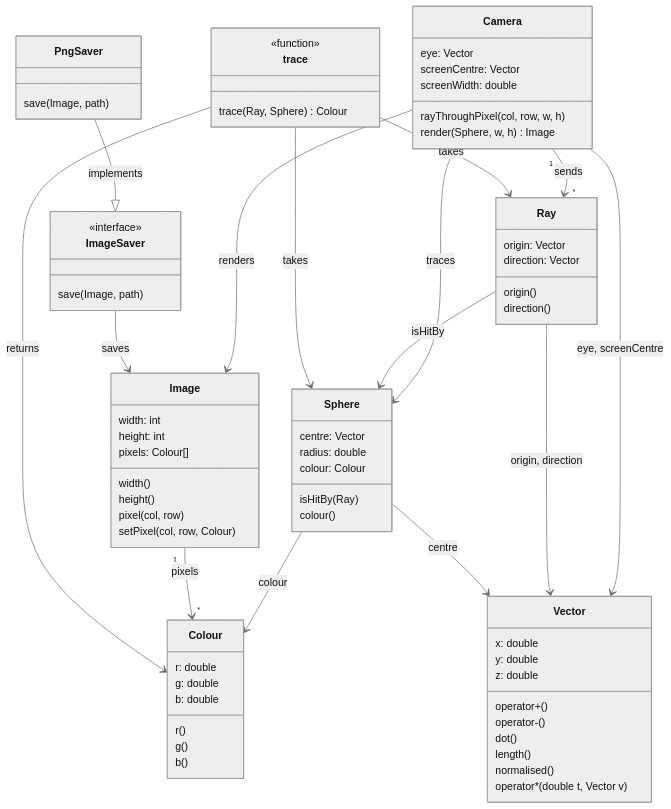
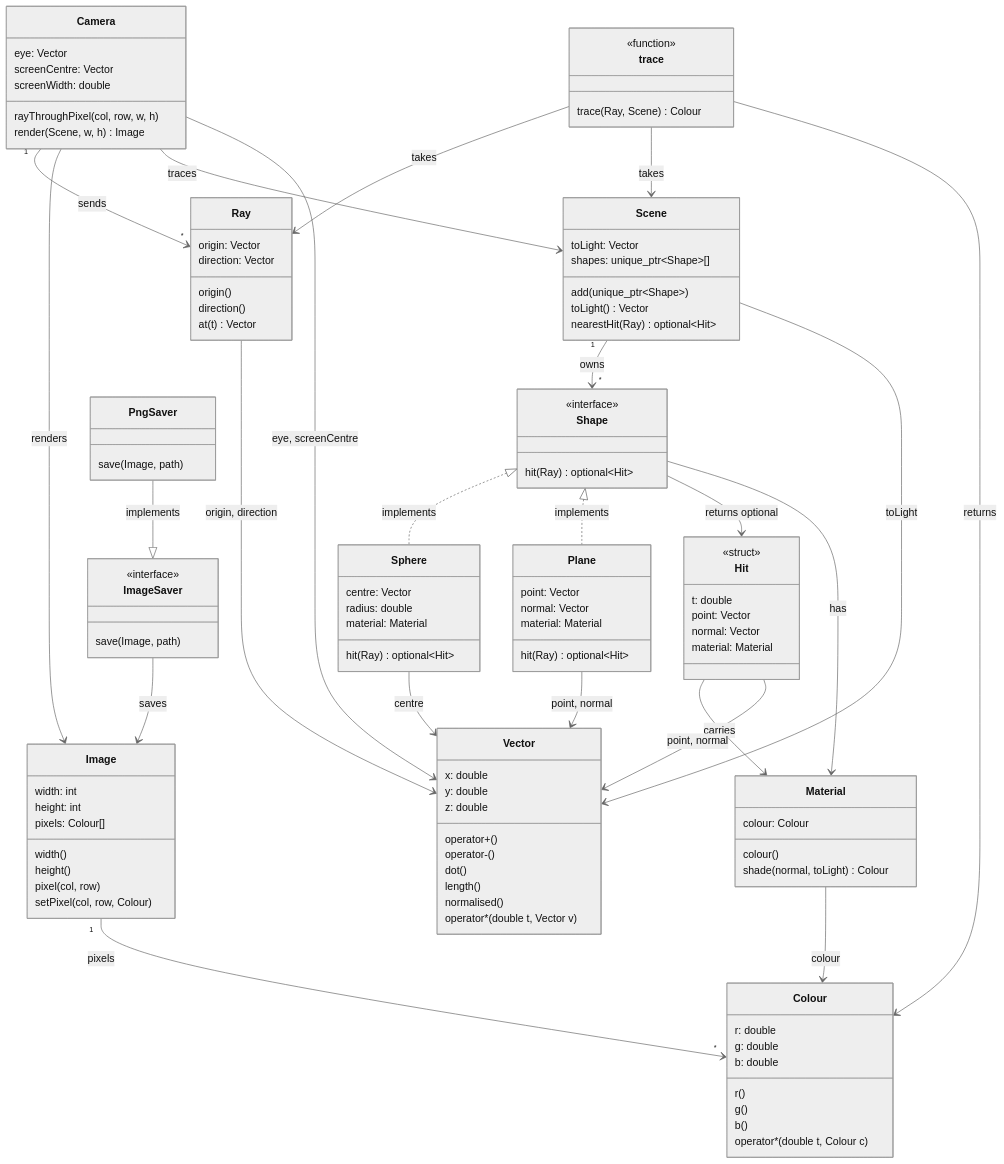
One commit to juanmanoel237/raytracer changed the diagram in docs/domain/domain-model.md. Above: the diagram before and after it, drawn with Mermaid (neutral theme). The commit also changed other lines of this file and 31 other files, not shown here.

Commit message:
Complete milestone 1: shading, shapes, scene, and docs

````diff
--- a/docs/domain/domain-model.md
+++ b/docs/domain/domain-model.md
@@ -10,17 +10,25 @@
 classDiagram
     Camera "1" --> "*" Ray : sends
     Camera --> Image : renders
-    Camera --> Sphere : traces
-    Ray --> Sphere : isHitBy
-    Sphere --> Colour : colour
+    Camera --> Scene : traces
+    Scene "1" --> "*" Shape : owns
+    Shape <|.. Sphere : implements
+    Shape <|.. Plane : implements
+    Shape --> Hit : returns optional
+    Hit --> Material : carries
+    Shape --> Material : has
+    Material --> Colour : colour
     Image "1" --> "*" Colour : pixels
     ImageSaver --> Image : saves
     PngSaver --|> ImageSaver : implements
     Camera --> Vector : eye, screenCentre
     Ray --> Vector : origin, direction
+    Hit --> Vector : point, normal
+    Scene --> Vector : toLight
     Sphere --> Vector : centre
+    Plane --> Vector : point, normal
     trace --> Ray : takes
-    trace --> Sphere : takes
+    trace --> Scene : takes
     trace --> Colour : returns
 
     class Vector {
@@ -42,6 +50,13 @@
         r()
         g()
         b()
+        operator*(double t, Colour c)
+    }
+
+    class Material {
+        colour: Colour
+        colour()
+        shade(normal, toLight) Colour
     }
 
     class Ray {
@@ -49,14 +64,42 @@
         direction: Vector
         origin()
         direction()
+        at(t) Vector
+    }
+
+    class Hit {
+        <<struct>>
+        t: double
+        point: Vector
+        normal: Vector
+        material: Material
+    }
+
+    class Shape {
+        <<interface>>
+        hit(Ray) optional~Hit~
     }
 
     class Sphere {
         centre: Vector
         radius: double
-        colour: Colour
-        isHitBy(Ray)
-        colour()
+        material: Material
+        hit(Ray) optional~Hit~
+    }
+
+    class Plane {
+        point: Vector
+        normal: Vector
+        material: Material
+        hit(Ray) optional~Hit~
+    }
+
+    class Scene {
+        toLight: Vector
+        shapes: unique_ptr~Shape~[]
+        add(unique_ptr~Shape~)
+        toLight() Vector
+        nearestHit(Ray) optional~Hit~
     }
 
     class Camera {
@@ -64,7 +107,7 @@
         screenCentre: Vector
         screenWidth: double
         rayThroughPixel(col, row, w, h)
-        render(Sphere, w, h) Image
+        render(Scene, w, h) Image
     }
 
     class Image {
@@ -88,6 +131,6 @@
 
     class trace {
         <<function>>
-        trace(Ray, Sphere) Colour
+        trace(Ray, Scene) Colour
     }
 ```
````
